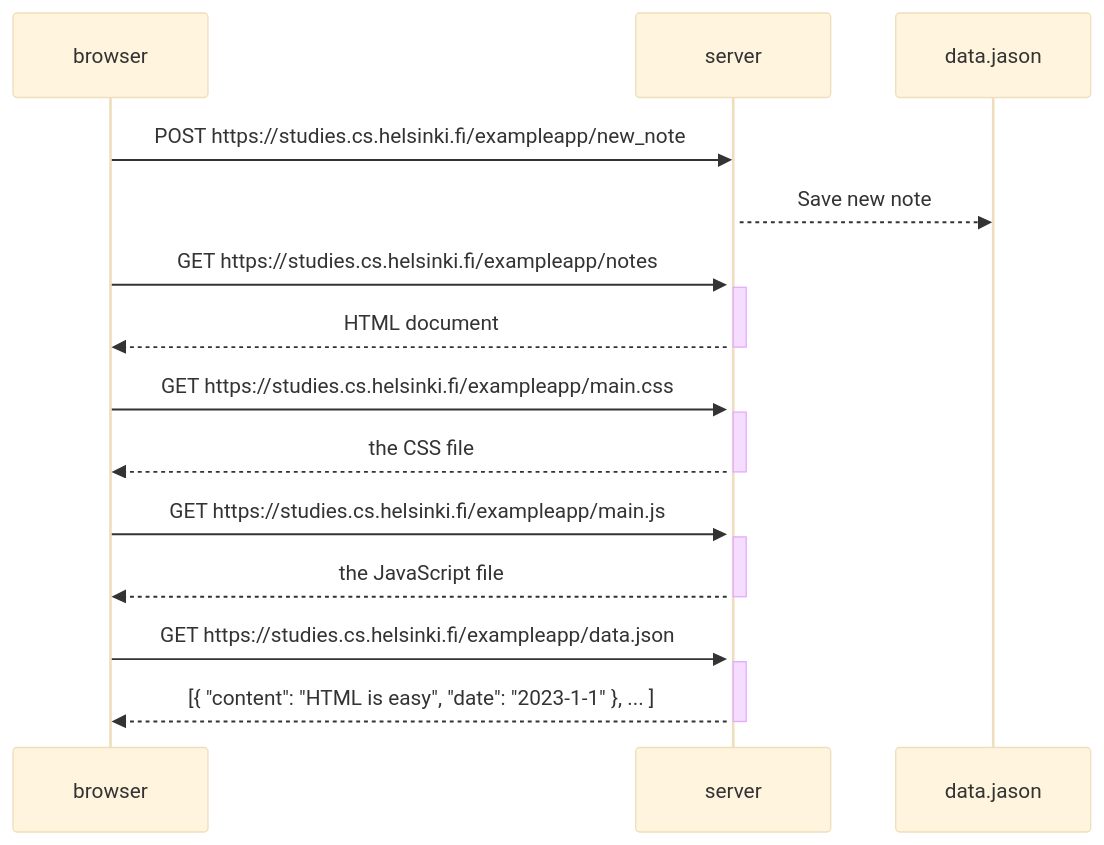
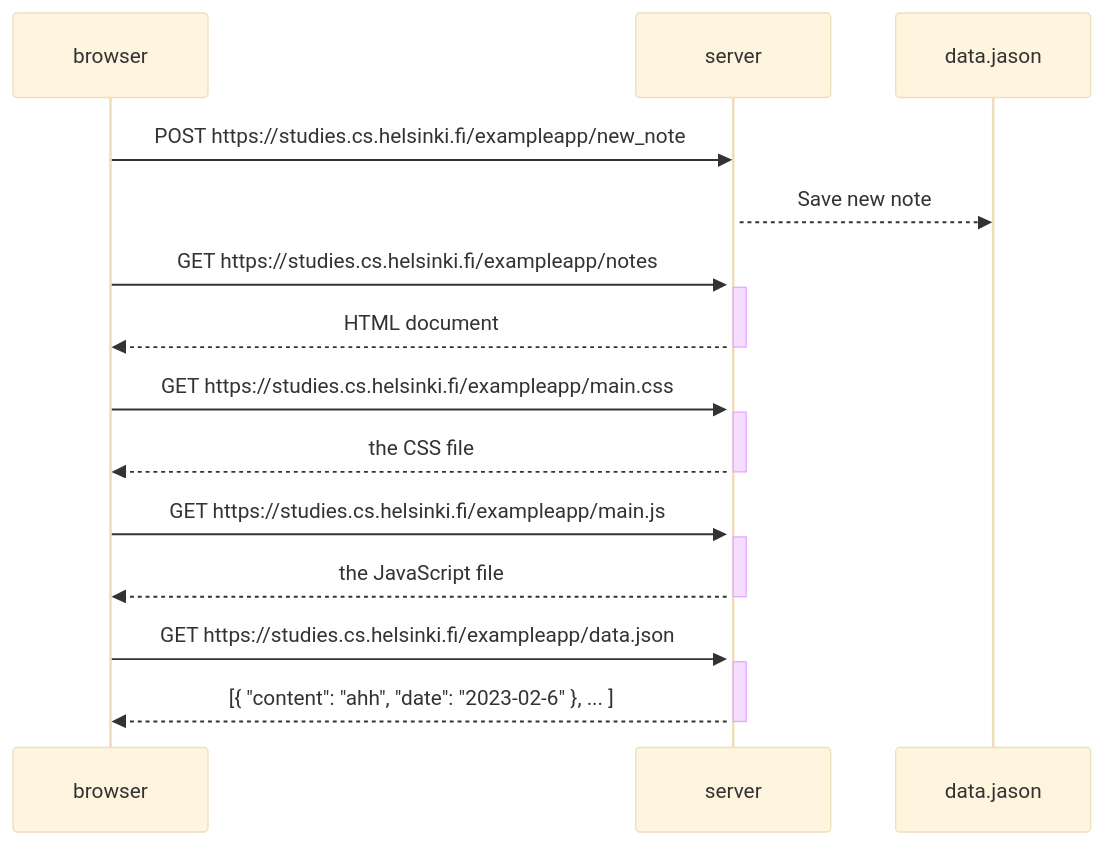
Before and after one commit to Nadim-2022/Full-Stack-Web-Development: the diagram in Part0/exercise 0.4/README.md, drawn with Mermaid (base theme). The commit also changed other lines of this file, not shown here.

````diff
--- a/Part0/exercise 0.4/README.md
+++ b/Part0/exercise 0.4/README.md
@@ -36,29 +36,29 @@
 ```mermaid
 sequenceDiagram
     participant browser
     participant server
     
     browser->>server: POST https://studies.cs.helsinki.fi/exampleapp/new_note
     activate server
     server-->>data.jason: Save new note
 
     browser->>server: GET https://studies.cs.helsinki.fi/exampleapp/notes
     activate server
     server-->>browser: HTML document
     deactivate server
 
     browser->>server: GET https://studies.cs.helsinki.fi/exampleapp/main.css
     activate server
     server-->>browser: the CSS file
     deactivate server
 
     browser->>server: GET https://studies.cs.helsinki.fi/exampleapp/main.js
     activate server
     server-->>browser: the JavaScript file
     deactivate server
     
     browser->>server: GET https://studies.cs.helsinki.fi/exampleapp/data.json
     activate server
-    server-->>browser: [{ "content": "HTML is easy", "date": "2023-1-1" }, ... ]
+    server-->>browser: [{ "content": "ahh", "date": "2023-02-6" }, ... ]
     deactivate server
 ```
````
